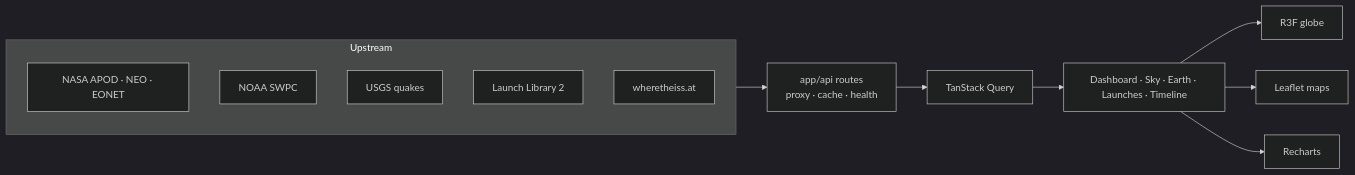
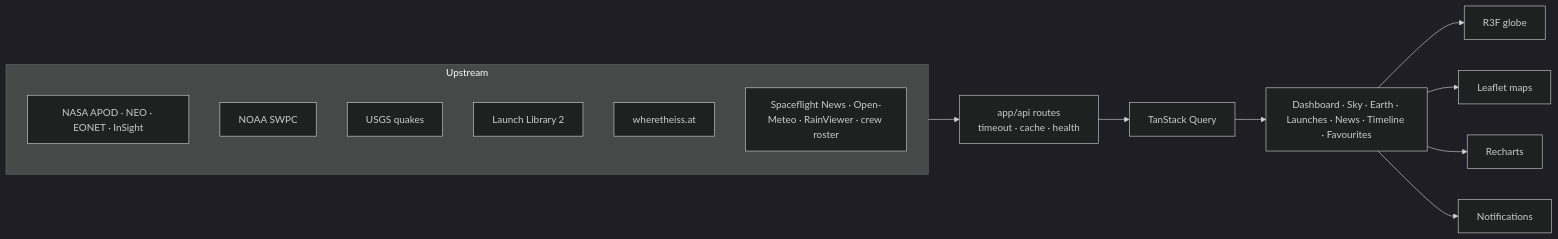
Before and after one commit to kutluhangil/Nebula: the diagram in README.md, drawn with Mermaid (dark theme). The commit also changed other lines of this file and 3 other files, not shown here.

````diff
--- a/README.md
+++ b/README.md
@@ -38,16 +66,18 @@
 ```mermaid
 flowchart LR
   subgraph Upstream
-    NASA[NASA APOD · NEO · EONET]
+    NASA[NASA APOD · NEO · EONET · InSight]
     NOAA[NOAA SWPC]
     USGS[USGS quakes]
     LL[Launch Library 2]
     ISS[wheretheiss.at]
+    MORE[Spaceflight News · Open-Meteo · RainViewer · crew roster]
   end
-  Upstream --> API[app/api routes<br/>proxy · cache · health]
+  Upstream --> API[app/api routes<br/>timeout · cache · health]
   API --> Q[TanStack Query]
-  Q --> UI[Dashboard · Sky · Earth · Launches · Timeline]
+  Q --> UI[Dashboard · Sky · Earth · Launches · News · Timeline · Favourites]
   UI --> G[R3F globe]
   UI --> M[Leaflet maps]
   UI --> C[Recharts]
+  UI --> N[Notifications]
 ```
````
